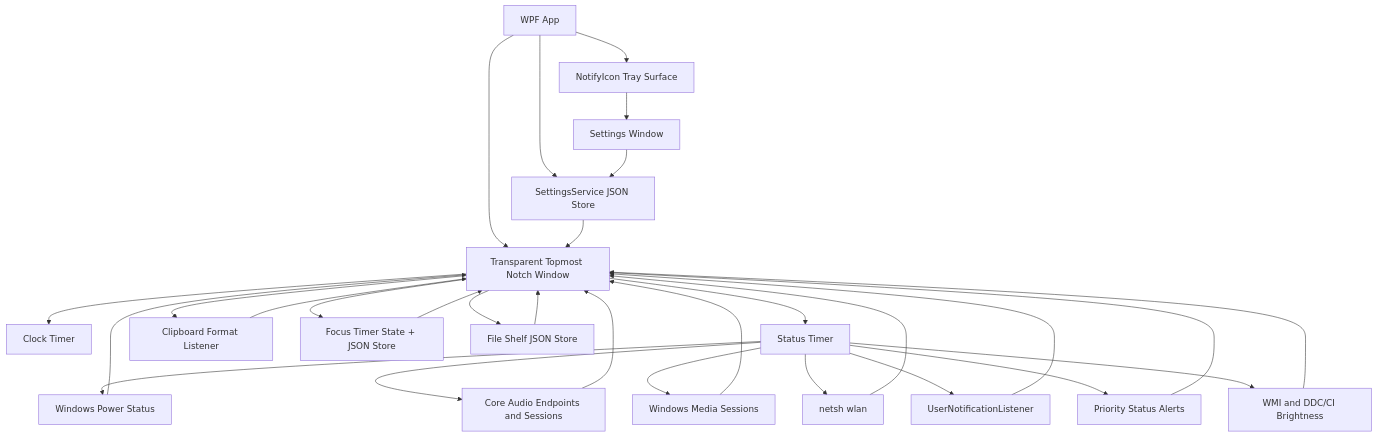
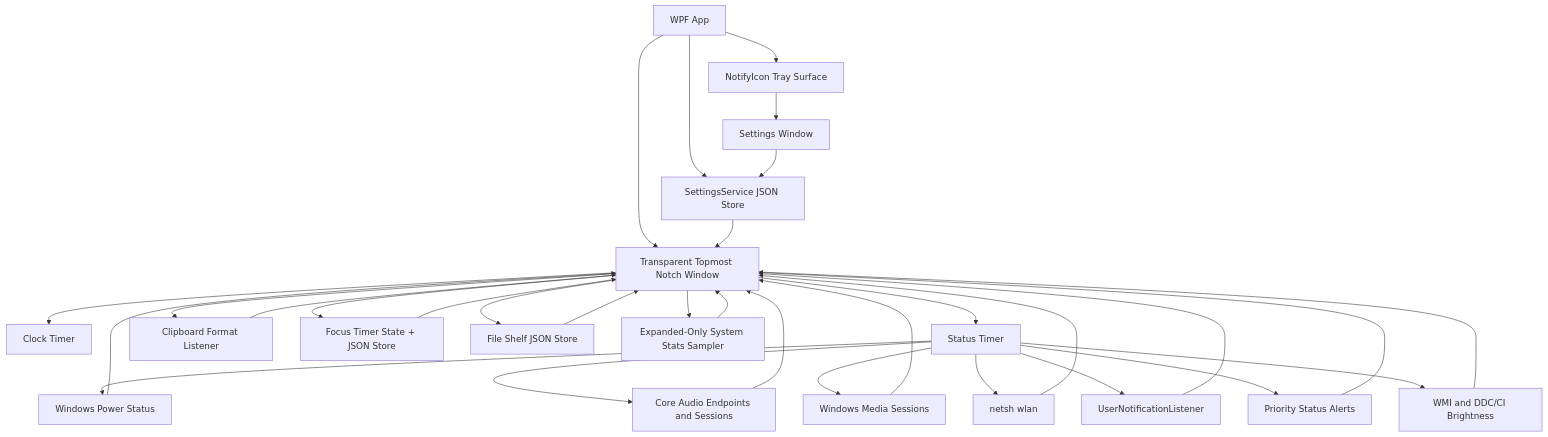
One commit to yappologistic/winotch changed the first of 2 diagrams in docs/architecture.md. Above: the diagram before and after it, drawn with Mermaid. The commit also changed other lines of this file and 8 other files, not shown here.

Commit message:
Add expanded system stats

````diff
--- a/docs/architecture.md
+++ b/docs/architecture.md
@@ -5,31 +5,33 @@
 ```mermaid
 flowchart TD
     App["WPF App"] --> Window["Transparent Topmost Notch Window"]
     Window --> Clock["Clock Timer"]
     Window --> Status["Status Timer"]
     Status --> Battery["Windows Power Status"]
     Status --> Audio["Core Audio Endpoints and Sessions"]
     Status --> Media["Windows Media Sessions"]
     Status --> Wifi["netsh wlan"]
     Status --> Notifications["UserNotificationListener"]
     Status --> Priority["Priority Status Alerts"]
     App --> Settings["SettingsService JSON Store"]
     App --> Tray["NotifyIcon Tray Surface"]
     Tray --> SettingsWindow["Settings Window"]
     SettingsWindow --> Settings
     Settings --> Window
     Window --> Clipboard["Clipboard Format Listener"]
     Window --> Focus["Focus Timer State + JSON Store"]
     Window --> Shelf["File Shelf JSON Store"]
     Status --> Brightness["WMI and DDC/CI Brightness"]
+    Window --> Stats["Expanded-Only System Stats Sampler"]
     Battery --> Window
     Audio --> Window
     Media --> Window
     Wifi --> Window
     Notifications --> Window
     Priority --> Window
     Clipboard --> Window
     Focus --> Window
     Shelf --> Window
     Brightness --> Window
+    Stats --> Window
 ```
````
